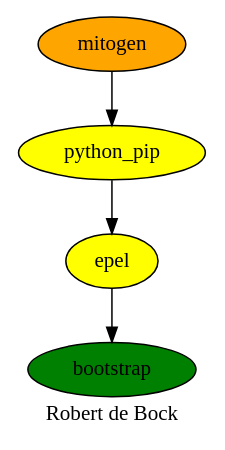
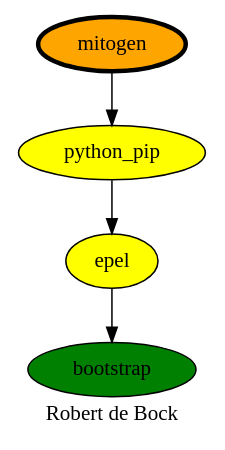
The diagram in mitogen.dot (robertdebock/drawings), drawn with Graphviz before and after one commit. The commit also changed 12 other files, not shown here.

```diff
--- a/mitogen.dot
+++ b/mitogen.dot
@@ -1,13 +1,13 @@
 digraph PhiloDilemma {
   label = "Robert de Bock" ;
   overlap=false
   {
     bootstrap [fillcolor=green style=filled]
     epel [fillcolor=yellow style=filled]
     "python_pip" [fillcolor=yellow style=filled]
-    mitogen [fillcolor=orange style=filled]
+    mitogen [fillcolor=orange style=filled penwidth=3]
   }
   epel -> bootstrap
   "python_pip" -> epel
   mitogen -> "python_pip"
 }
```
